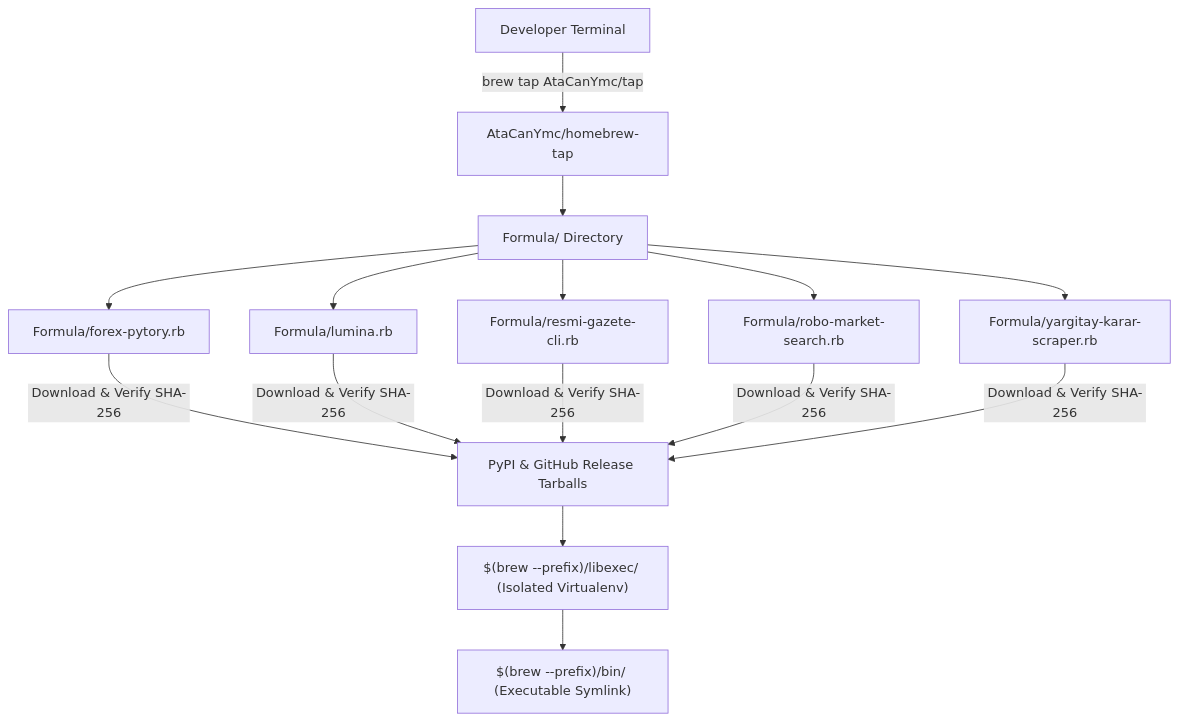
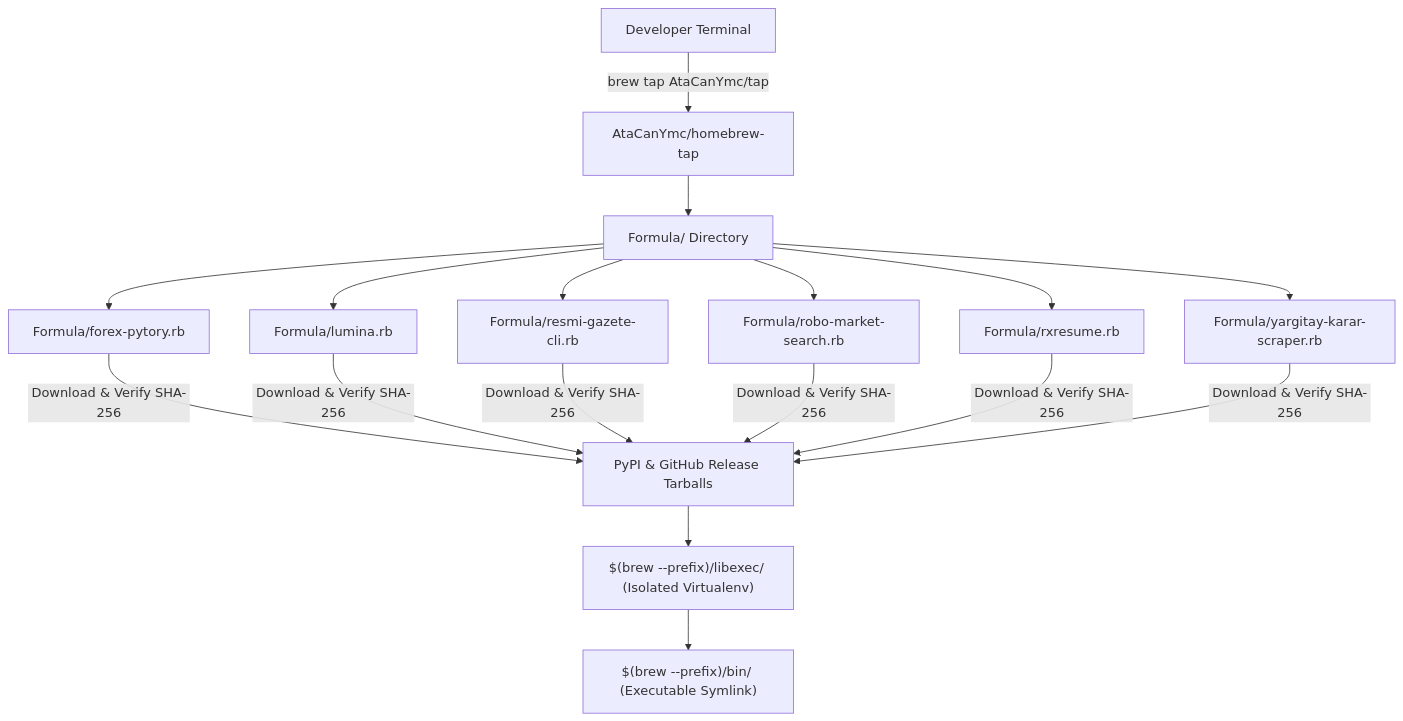
The diagram in README.md (AtaCanYmc/homebrew-tap), drawn with Mermaid before and after one commit. The commit also changed other lines of this file and 3 other files, not shown here.

Commit message:
feat(formula): add rxresume formula

````diff
--- a/README.md
+++ b/README.md
@@ -35,15 +35,16 @@
 ```mermaid
 flowchart TD
     User["Developer Terminal"] -->|"brew tap AtaCanYmc/tap"| TapRepo["AtaCanYmc/homebrew-tap"]
     TapRepo --> FormulaDir["Formula/ Directory"]
 
     FormulaDir --> F1["Formula/forex-pytory.rb"]
     FormulaDir --> F2["Formula/lumina.rb"]
     FormulaDir --> F3["Formula/resmi-gazete-cli.rb"]
     FormulaDir --> F4["Formula/robo-market-search.rb"]
-    FormulaDir --> F5["Formula/yargitay-karar-scraper.rb"]
+    FormulaDir --> F5["Formula/rxresume.rb"]
+    FormulaDir --> F6["Formula/yargitay-karar-scraper.rb"]
 
-    F1 & F2 & F3 & F4 & F5 -->|"Download & Verify SHA-256"| Upstream["PyPI & GitHub Release Tarballs"]
+    F1 & F2 & F3 & F4 & F5 & F6 -->|"Download & Verify SHA-256"| Upstream["PyPI & GitHub Release Tarballs"]
     Upstream --> Venv["$(brew --prefix)/libexec/<formula> (Isolated Virtualenv)"]
     Venv --> Bin["$(brew --prefix)/bin/<binary> (Executable Symlink)"]
 ```
````
